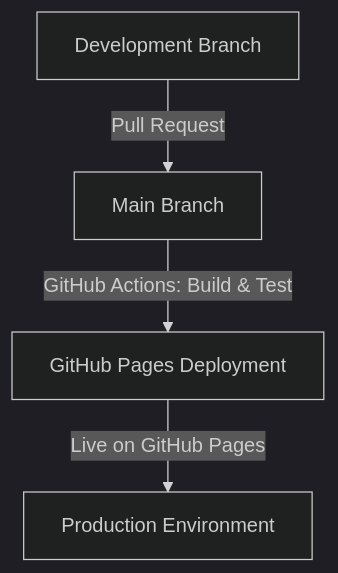
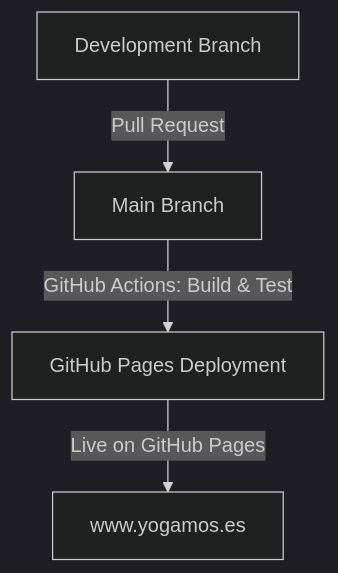
One commit to michaelwybraniec/yogamos changed the first of 2 diagrams in README.md. Above: the diagram before and after it, drawn with Mermaid (dark theme). The commit also changed other lines of this file and 3 other files, not shown here.

````diff
--- a/README.md
+++ b/README.md
@@ -89,6 +61,6 @@
 ```mermaid
 graph TD;
     Dev[Development Branch] -->|Pull Request| Main[Main Branch];
     Main -->|GitHub Actions: Build & Test| Deploy[GitHub Pages Deployment];
-    Deploy -->|Live on GitHub Pages| Production[Production Environment];
+    Deploy -->|Live on GitHub Pages| Production[www.yogamos.es];
 ```
````
